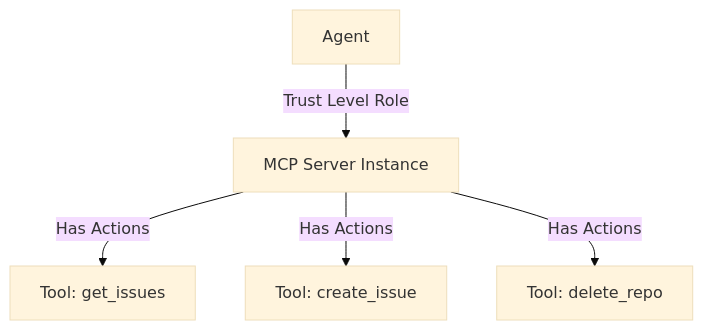
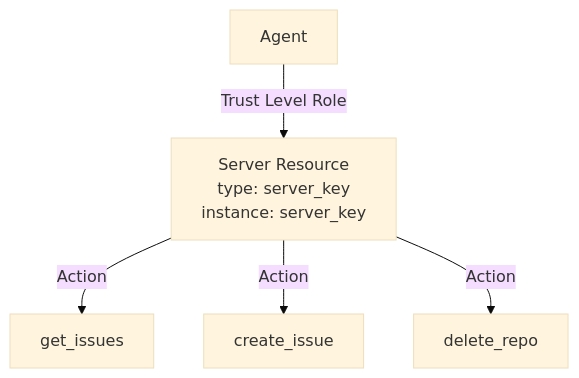
Before and after one commit to permitio/docs: the second of 4 diagrams in docs/ai-security/mcp-permissions/architecture.mdx, drawn with Mermaid (base theme). The commit also changed other lines of this file and 2 other files, not shown here.

Commit message:
Update package-lock.json and remove yarn.lock; modify architecture documentation for MCP permissions to clarify hosted gateway URL and enhance resource mapping details.

````diff
--- a/docs/ai-security/mcp-permissions/architecture.mdx
+++ b/docs/ai-security/mcp-permissions/architecture.mdx
@@ -98,7 +100,7 @@
 ```mermaid
 graph TD
-    A[Agent] --Trust Level Role--> M[MCP Server Instance]
-    M --Has Actions--> F1[Tool: get_issues]
-    M --Has Actions--> F2[Tool: create_issue]
-    M --Has Actions--> F3[Tool: delete_repo]
+    A[Agent] --Trust Level Role--> S[Server Resource<br/>type: server_key<br/>instance: server_key]
+    S --Action--> F1[get_issues]
+    S --Action--> F2[create_issue]
+    S --Action--> F3[delete_repo]
 ```
````
